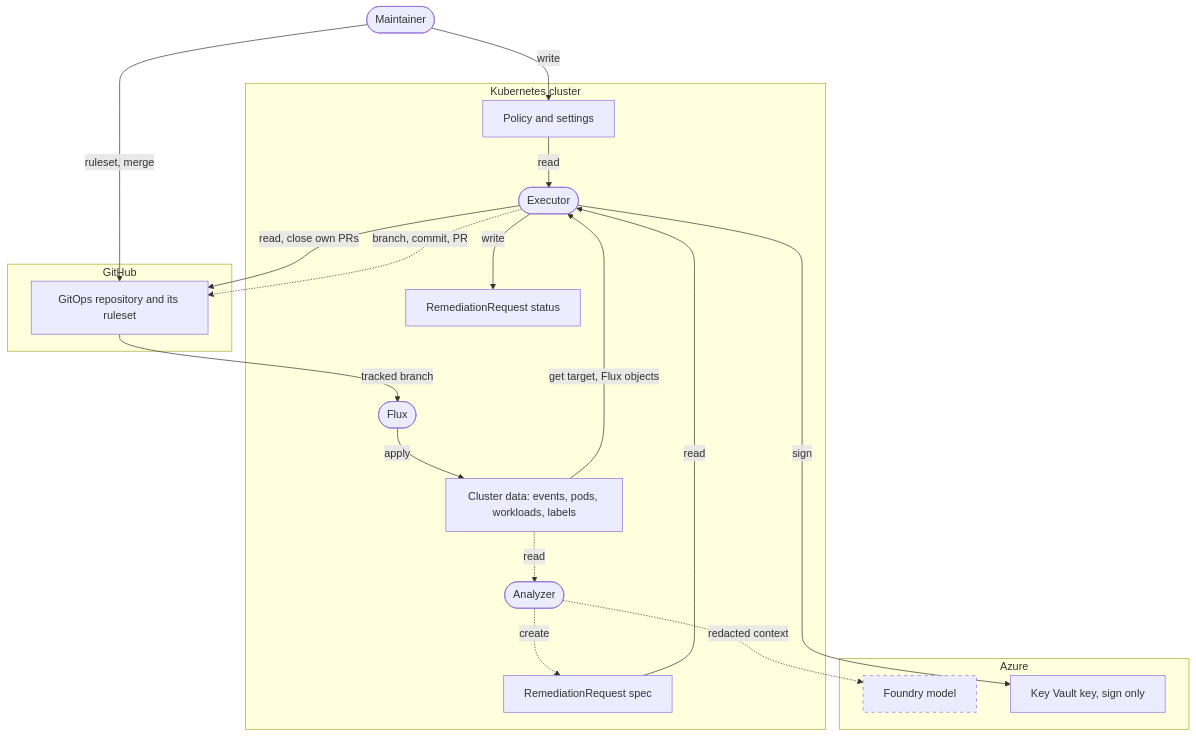
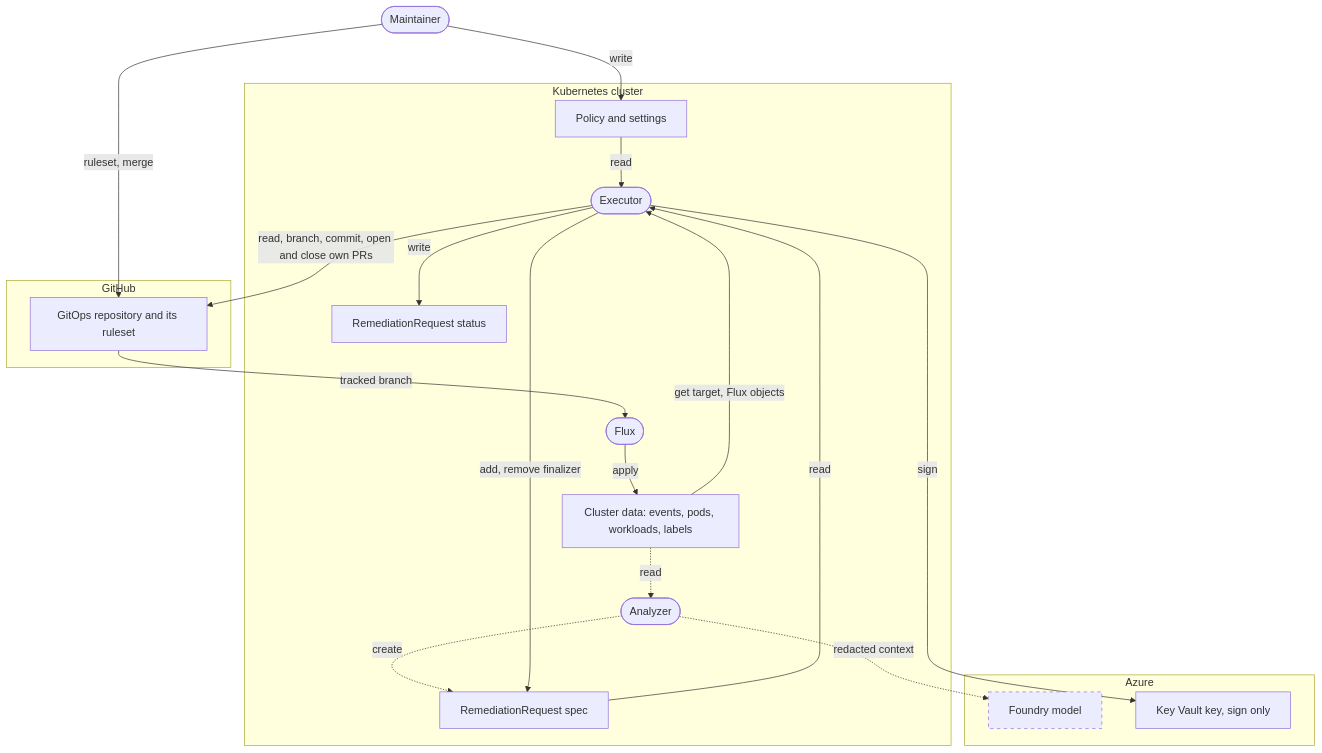
The diagram in docs/threat-model.md (pkalin/shadewright), drawn with Mermaid before and after one commit. The commit also changed other lines of this file and 12 other files, not shown here.

````diff
--- a/docs/threat-model.md
+++ b/docs/threat-model.md
@@ -28,36 +28,36 @@
 ```mermaid
 flowchart TB
     admin([Maintainer])
     subgraph cluster [Kubernetes cluster]
         data["Cluster data: events, pods, workloads, labels"]
         an([Analyzer])
         rr["RemediationRequest spec"]
         pol["Policy and settings"]
         ex([Executor])
         st["RemediationRequest status"]
         flux([Flux])
     end
     subgraph azure [Azure]
         fm[Foundry model]
         kv["Key Vault key, sign only"]
     end
     subgraph github [GitHub]
         repo["GitOps repository and its ruleset"]
     end
     data -. read .-> an
     an -. redacted context .-> fm
     an -. create .-> rr
     rr -- read --> ex
     pol -- read --> ex
     data -- get target, Flux objects --> ex
     ex -- write --> st
     ex -- sign --> kv
-    ex -- read, close own PRs --> repo
-    ex -. branch, commit, PR .-> repo
+    ex -- read, branch, commit, open and close own PRs --> repo
+    ex -- add, remove finalizer --> rr
     repo -- tracked branch --> flux
     flux -- apply --> data
     admin -- write --> pol
     admin -- ruleset, merge --> repo
     classDef planned stroke-dasharray: 5 5
     class fm planned
 ```
````
